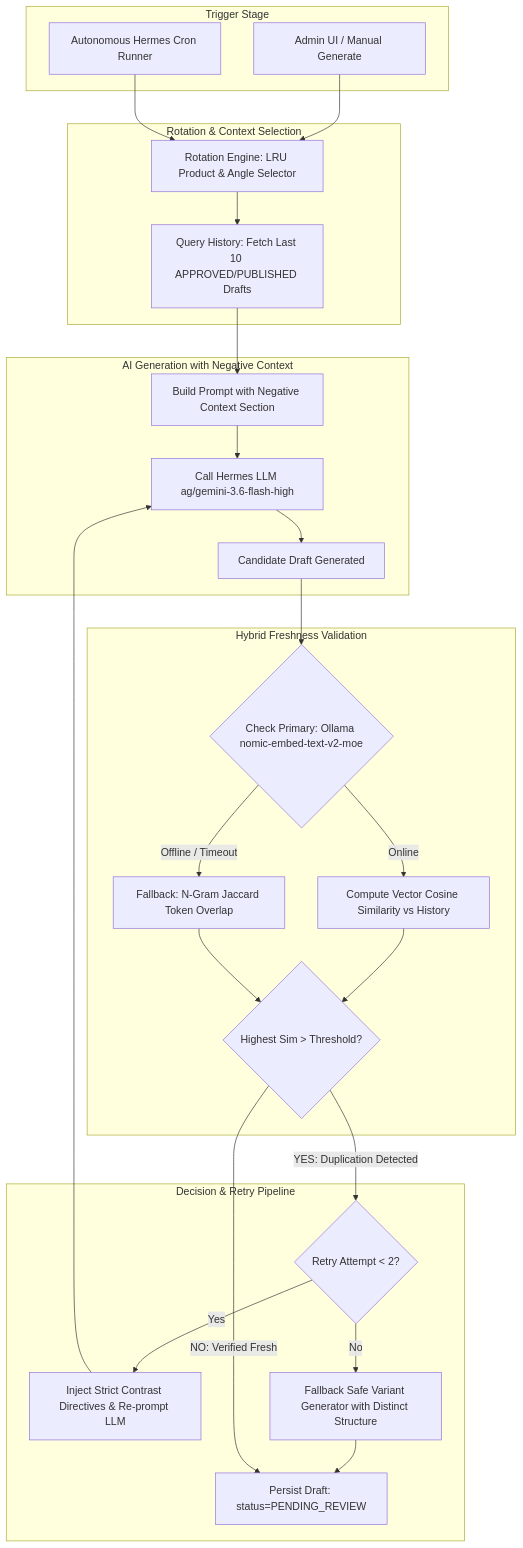
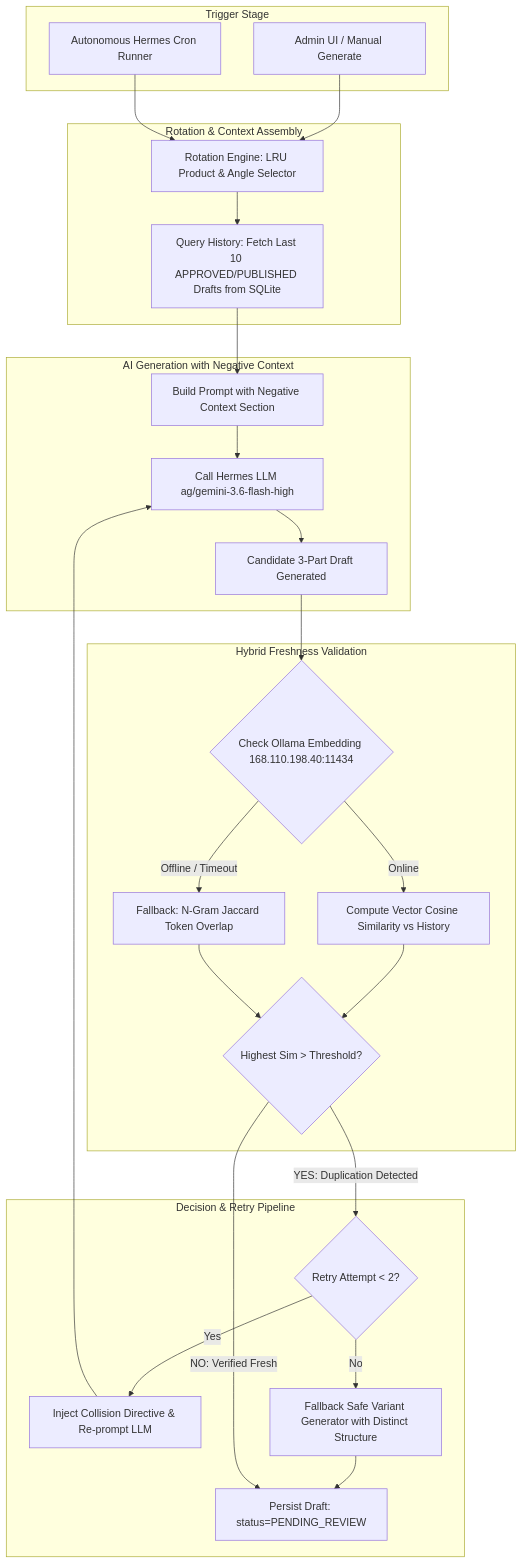
One commit to HanifMukkorrobin/threads-marketing changed the diagram in docs/superpowers/specs/2026-08-18-content-deduplication-and-freshness-design.md. Above: the diagram before and after it, drawn with Mermaid. The commit also changed other lines of this file and 2 other files, not shown here.

Commit message:
feat: initialize documentation and architecture specs for content deduplication and freshness engine implementation

````diff
--- a/docs/superpowers/specs/2026-08-18-content-deduplication-and-freshness-design.md
+++ b/docs/superpowers/specs/2026-08-18-content-deduplication-and-freshness-design.md
@@ -24,33 +26,33 @@
 ```mermaid
 flowchart TD
     subgraph Trigger [Trigger Stage]
         T1[Admin UI / Manual Generate]
         T2[Autonomous Hermes Cron Runner]
     end
 
-    subgraph Selection [Rotation & Context Selection]
+    subgraph Selection [Rotation & Context Assembly]
         T1 & T2 --> R1[Rotation Engine: LRU Product & Angle Selector]
-        R1 --> R2[Query History: Fetch Last 10 APPROVED/PUBLISHED Drafts]
+        R1 --> R2[Query History: Fetch Last 10 APPROVED/PUBLISHED Drafts from SQLite]
     end
 
     subgraph PromptEngine [AI Generation with Negative Context]
         R2 --> P1[Build Prompt with Negative Context Section]
         P1 --> P2[Call Hermes LLM ag/gemini-3.6-flash-high]
-        P2 --> P3[Candidate Draft Generated]
+        P2 --> P3[Candidate 3-Part Draft Generated]
     end
 
     subgraph FreshnessValidation [Hybrid Freshness Validation]
-        P3 --> V1{Check Primary: Ollama nomic-embed-text-v2-moe}
+        P3 --> V1{Check Ollama Embedding 168.110.198.40:11434}
         V1 -->|Online| V2[Compute Vector Cosine Similarity vs History]
         V1 -->|Offline / Timeout| V3[Fallback: N-Gram Jaccard Token Overlap]
         V2 --> V4{Highest Sim > Threshold?}
         V3 --> V4
     end
 
     subgraph Decision [Decision & Retry Pipeline]
         V4 -->|YES: Duplication Detected| D1{Retry Attempt < 2?}
-        D1 -->|Yes| D2[Inject Strict Contrast Directives & Re-prompt LLM] --> P2
+        D1 -->|Yes| D2[Inject Collision Directive & Re-prompt LLM] --> P2
         D1 -->|No| D3[Fallback Safe Variant Generator with Distinct Structure] --> S1
         V4 -->|NO: Verified Fresh| S1[Persist Draft: status=PENDING_REVIEW]
     end
 ```
````
